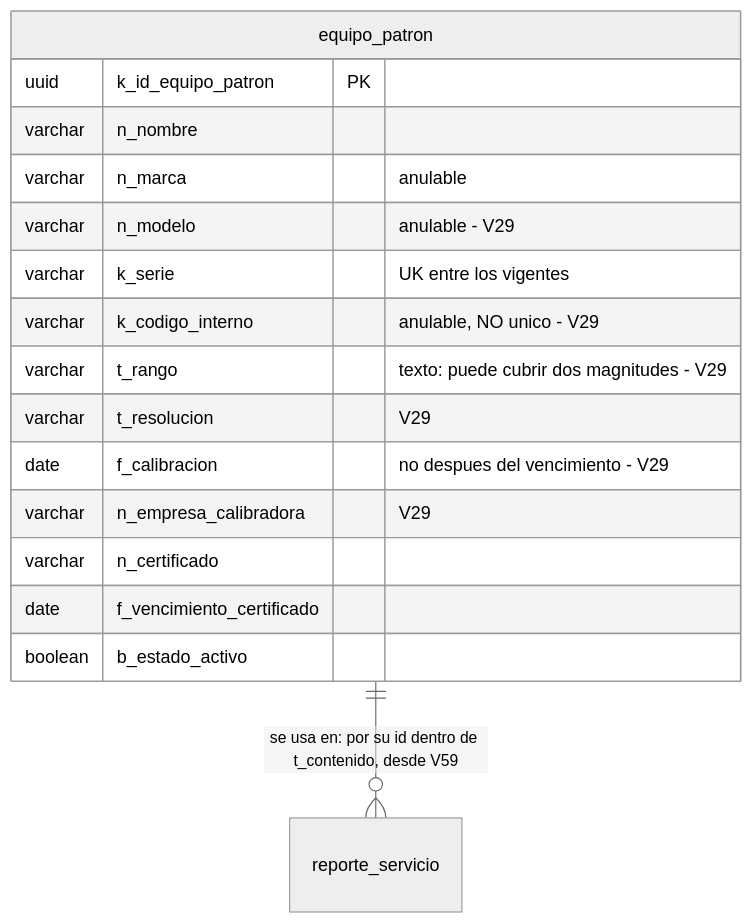
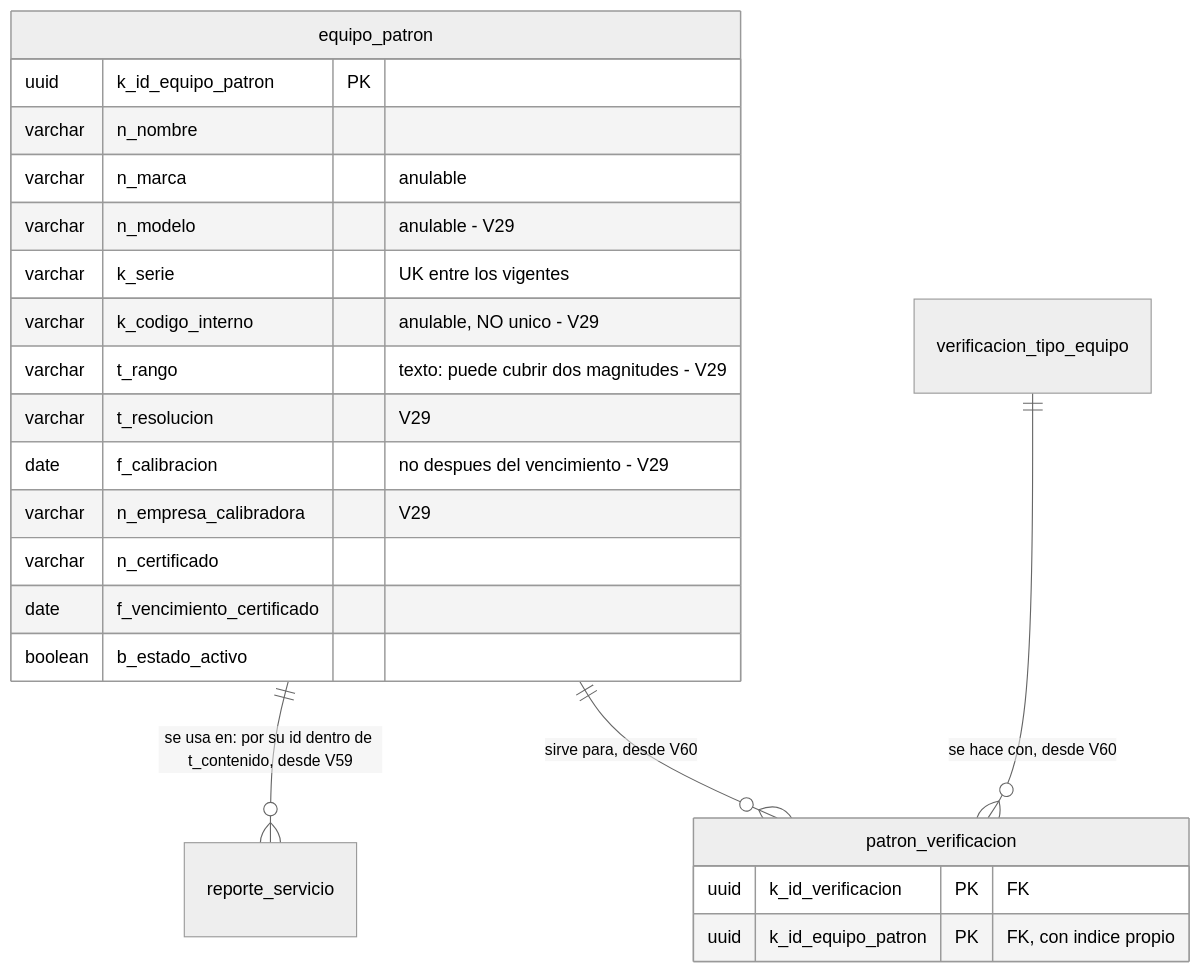
The ninth of 12 diagrams in SecondBrain/wiki/base-de-datos/esquema-bd-malphasos.md (SeanBol222/MalphasOs), drawn with Mermaid (neutral theme) before and after one commit. The commit also changed other lines of this file and 4 other files, not shown here.

````diff
--- a/SecondBrain/wiki/base-de-datos/esquema-bd-malphasos.md
+++ b/SecondBrain/wiki/base-de-datos/esquema-bd-malphasos.md
@@ -652,19 +652,25 @@
 ```mermaid
 erDiagram
     equipo_patron ||--o{ reporte_servicio : "se usa en: por su id dentro de t_contenido, desde V59"
+    equipo_patron ||--o{ patron_verificacion : "sirve para, desde V60"
+    verificacion_tipo_equipo ||--o{ patron_verificacion : "se hace con, desde V60"
+    patron_verificacion {
+        uuid k_id_verificacion PK "FK"
+        uuid k_id_equipo_patron PK "FK, con indice propio"
+    }
     equipo_patron {
         uuid k_id_equipo_patron PK
         varchar n_nombre
         varchar n_marca "anulable"
         varchar n_modelo "anulable - V29"
         varchar k_serie "UK entre los vigentes"
         varchar k_codigo_interno "anulable, NO unico - V29"
         varchar t_rango "texto: puede cubrir dos magnitudes - V29"
         varchar t_resolucion "V29"
         date f_calibracion "no despues del vencimiento - V29"
         varchar n_empresa_calibradora "V29"
         varchar n_certificado
         date f_vencimiento_certificado
         boolean b_estado_activo
     }
 ```
````
